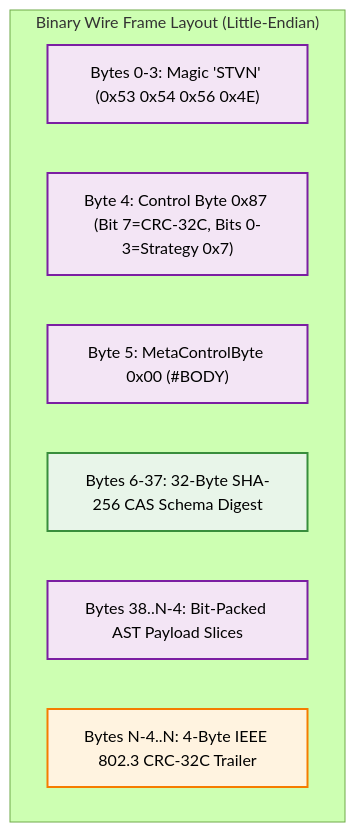
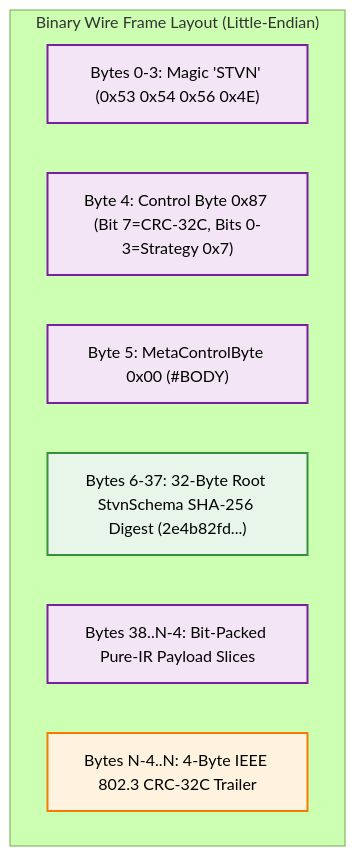
Before and after one commit to chaotic3quilibrium/stvnadore-app-showcase-chess: the third of 3 diagrams in docs/architecture/STVN_CHESS_SHOWCASE_SPEC.md, drawn with Mermaid (forest theme). The commit also changed other lines of this file and 20 other files, not shown here.

````diff
--- a/docs/architecture/STVN_CHESS_SHOWCASE_SPEC.md
+++ b/docs/architecture/STVN_CHESS_SHOWCASE_SPEC.md
@@ -165,15 +167,15 @@
 ```mermaid
 flowchart TD
     classDef wire fill:#F3E5F5,stroke:#7B1FA2,stroke-width:2px;
     classDef crc fill:#FFF3E0,stroke:#F57C00,stroke-width:2px;
     classDef digest fill:#E8F5E9,stroke:#388E3C,stroke-width:2px;
 
-    subgraph "Binary Wire Frame Layout (Little-Endian)"
+    subgraph WireLayout["Binary Wire Frame Layout (Little-Endian)"]
         H1["Bytes 0-3: Magic 'STVN' (0x53 0x54 0x56 0x4E)"]:::wire
         H2["Byte 4: Control Byte 0x87 (Bit 7=CRC-32C, Bits 0-3=Strategy 0x7)"]:::wire
         H3["Byte 5: MetaControlByte 0x00 (#BODY)"]:::wire
-        H4["Bytes 6-37: 32-Byte SHA-256 CAS Schema Digest"]:::digest
-        H5["Bytes 38..N-4: Bit-Packed AST Payload Slices"]:::wire
+        H4["Bytes 6-37: 32-Byte Root StvnSchema SHA-256 Digest (2e4b82fd...)"]:::digest
+        H5["Bytes 38..N-4: Bit-Packed Pure-IR Payload Slices"]:::wire
         H6["Bytes N-4..N: 4-Byte IEEE 802.3 CRC-32C Trailer"]:::crc
     end
 ```
````
